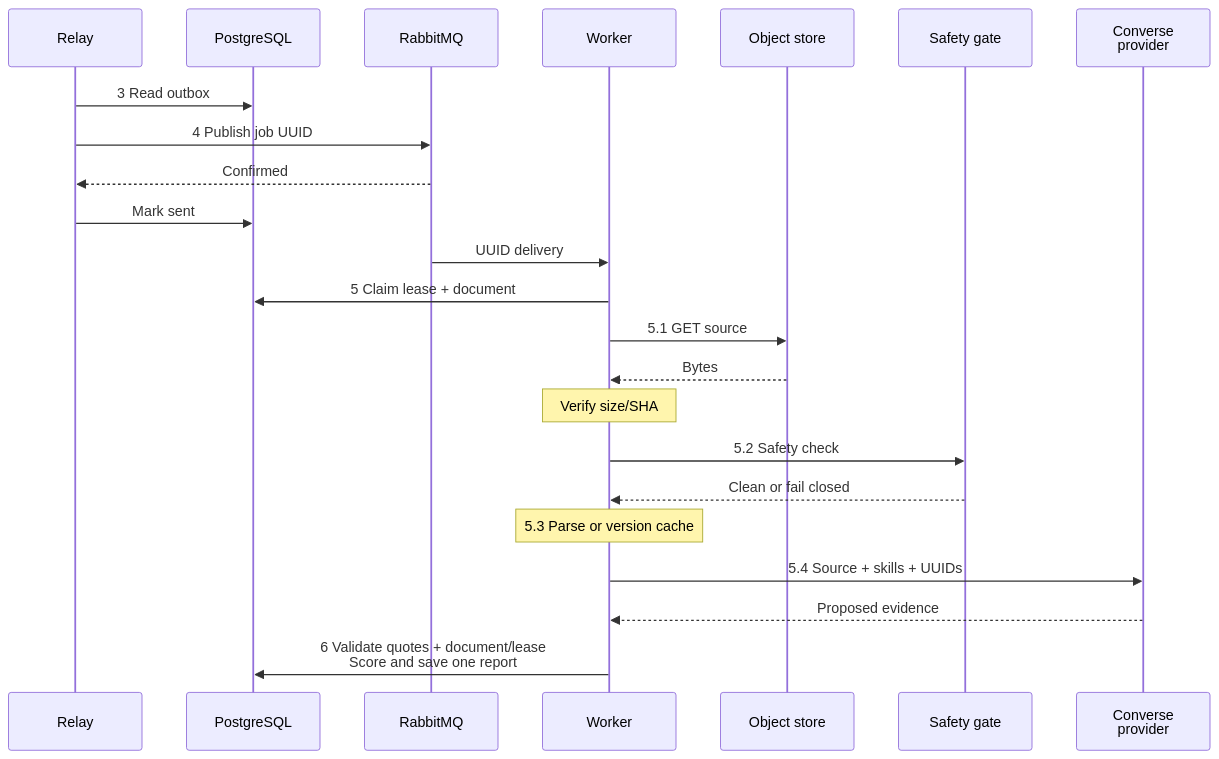
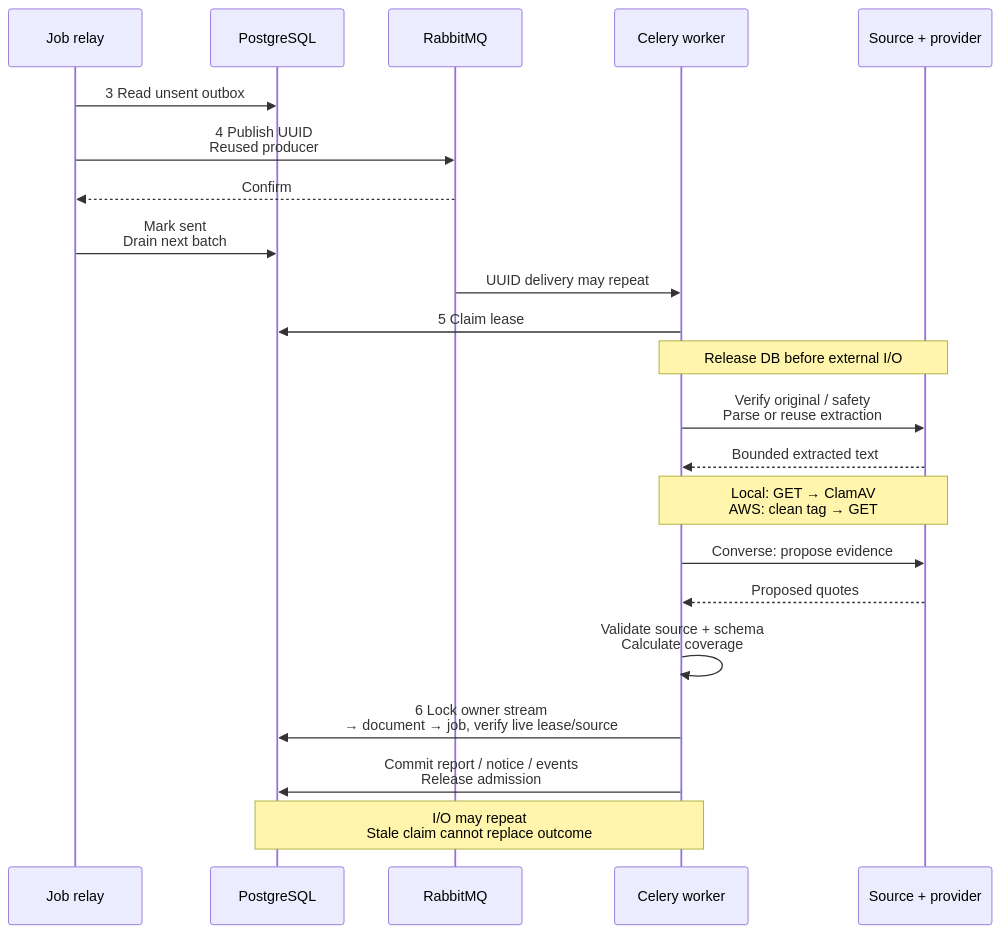
The diagram in docs/assets/processing-sequence.mmd (junrillg/resume-match-bedrock), drawn with Mermaid before and after one commit. The commit also changed 55 other files, not shown here.

```diff
--- a/docs/assets/processing-sequence.mmd
+++ b/docs/assets/processing-sequence.mmd
@@ -1,25 +1,24 @@
 sequenceDiagram
-  accTitle: Dispatch, source safety, evidence and fenced result
-  accDescr: Relay publishes a UUID, a leased worker fetches and checks the source and passes the safety gate before parsing/provider use. PostgreSQL fences the final report.
-  participant R as Relay
+  accTitle: Dispatch, process and commit one outcome
+  accDescr: A reused confirmed producer drains durable dispatch intent. The worker verifies the retained source outside database connections, then atomically saves a fenced outcome, notification and delivery events.
+  participant R as Job relay
   participant DB as PostgreSQL
   participant Q as RabbitMQ
-  participant W as Worker
-  participant O as Object store
-  participant S as Safety gate
-  participant P as Converse<br/>provider
-  R->>DB: 3 Read outbox
-  R->>Q: 4 Publish job UUID
-  Q-->>R: Confirmed
-  R->>DB: Mark sent
-  Q->>W: UUID delivery
-  W->>DB: 5 Claim lease + document
-  W->>O: 5.1 GET source
-  O-->>W: Bytes
-  Note over W: Verify size/SHA
-  W->>S: 5.2 Safety check
-  S-->>W: Clean or fail closed
-  Note over W: 5.3 Parse or version cache
-  W->>P: 5.4 Source + skills + UUIDs
-  P-->>W: Proposed evidence
-  W->>DB: 6 Validate quotes + document/lease<br/>Score and save one report
+  participant W as Celery worker
+  participant S as Source + provider
+  R->>DB: 3 Read unsent outbox
+  R->>Q: 4 Publish UUID<br/>Reused producer
+  Q-->>R: Confirm
+  R->>DB: Mark sent<br/>Drain next batch
+  Q->>W: UUID delivery may repeat
+  W->>DB: 5 Claim lease
+  Note over W,S: Release DB before external I/O
+  W->>S: Verify original / safety<br/>Parse or reuse extraction
+  S-->>W: Bounded extracted text
+  Note over S,W: Local: GET → ClamAV<br/>AWS: clean tag → GET
+  W->>S: Converse: propose evidence
+  S-->>W: Proposed quotes
+  W->>W: Validate source + schema<br/>Calculate coverage
+  W->>DB: 6 Lock owner stream<br/>→ document → job, verify live lease/source
+  W->>DB: Commit report / notice / events<br/>Release admission
+  Note over DB,W: I/O may repeat<br/>Stale claim cannot replace outcome
```
